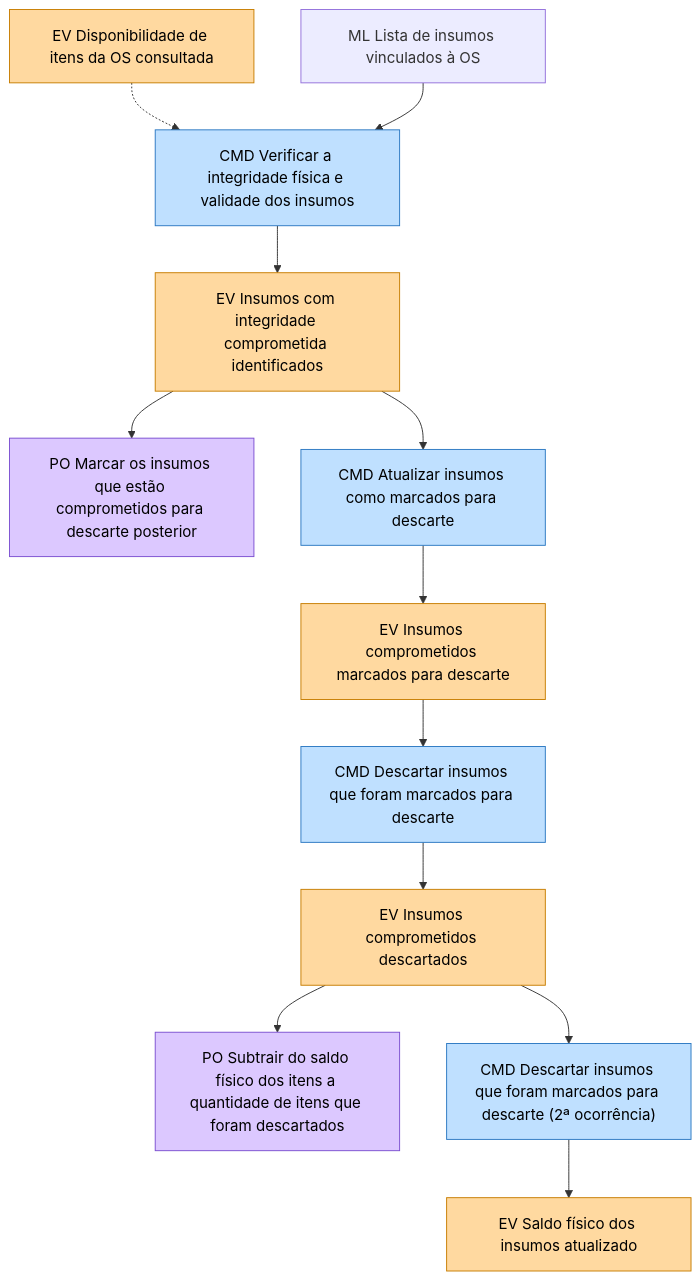
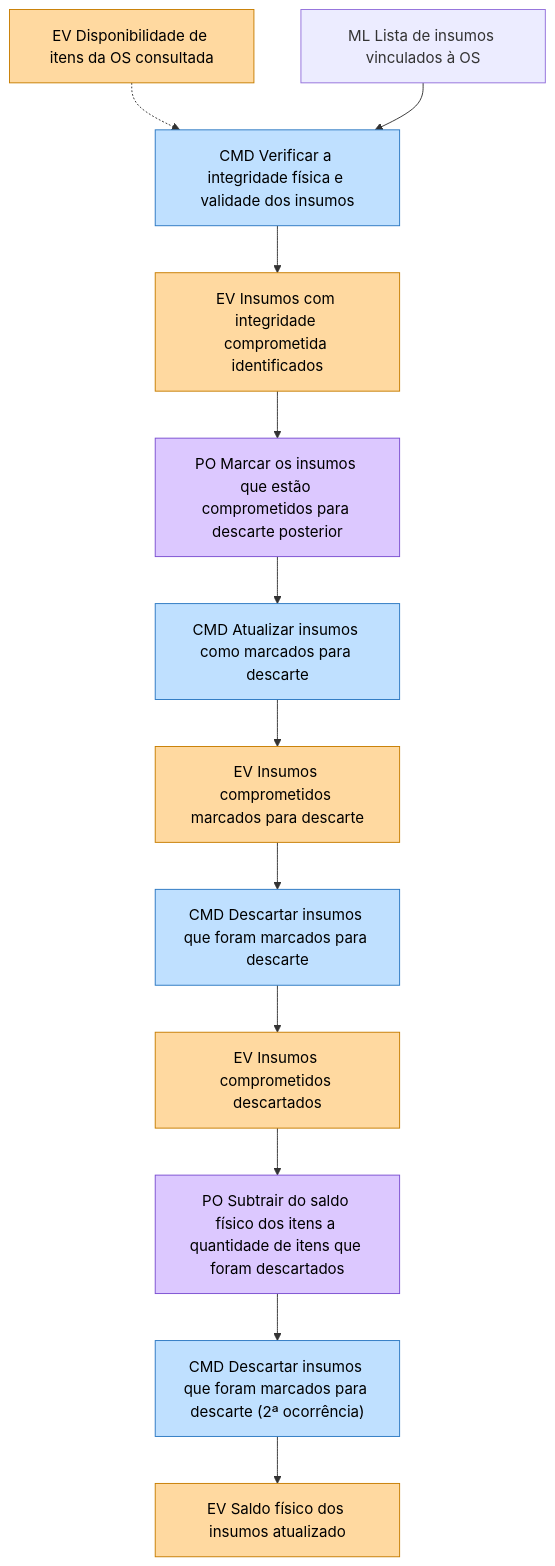
Before and after one commit to raffharah/tech-challenge-oficina: the sixth of 13 diagrams in docs/ddd/event-storming/fluxo-pecas-insumos.md, drawn with Mermaid. The commit also changed other lines of this file and 1 other file, not shown here.

````diff
--- a/docs/ddd/event-storming/fluxo-pecas-insumos.md
+++ b/docs/ddd/event-storming/fluxo-pecas-insumos.md
@@ -190,18 +191,18 @@
 ```mermaid
 flowchart TD
   E0["EV Disponibilidade de itens da OS consultada"] -.-> C1["CMD Verificar a integridade física e validade dos insumos"]
   M0["ML Lista de insumos vinculados à OS"] --> C1
   C1 --> E1["EV Insumos com integridade comprometida identificados"]
   E1 --> P1["PO Marcar os insumos que estão comprometidos para descarte posterior"]
-  E1 --> C2["CMD Atualizar insumos como marcados para descarte"] --> E2["EV Insumos comprometidos marcados para descarte"]
+  P1 --> C2["CMD Atualizar insumos como marcados para descarte"] --> E2["EV Insumos comprometidos marcados para descarte"]
   E2 --> C3["CMD Descartar insumos que foram marcados para descarte"] --> E3["EV Insumos comprometidos descartados"]
   E3 --> P2["PO Subtrair do saldo físico dos itens a quantidade de itens que foram descartados"]
-  E3 --> C4["CMD Descartar insumos que foram marcados para descarte (2ª ocorrência)"] --> E4["EV Saldo físico dos insumos atualizado"]
+  P2 --> C4["CMD Descartar insumos que foram marcados para descarte (2ª ocorrência)"] --> E4["EV Saldo físico dos insumos atualizado"]
 
   classDef cmd fill:#bfe0ff,stroke:#2b78c2,color:#000
   classDef ev fill:#ffd9a0,stroke:#c77d00,color:#000
   classDef po fill:#dcc8ff,stroke:#7b4fd1,color:#000
   class C1,C2,C3,C4 cmd
   class E0,E1,E2,E3,E4 ev
   class P1,P2 po
 ```
````
